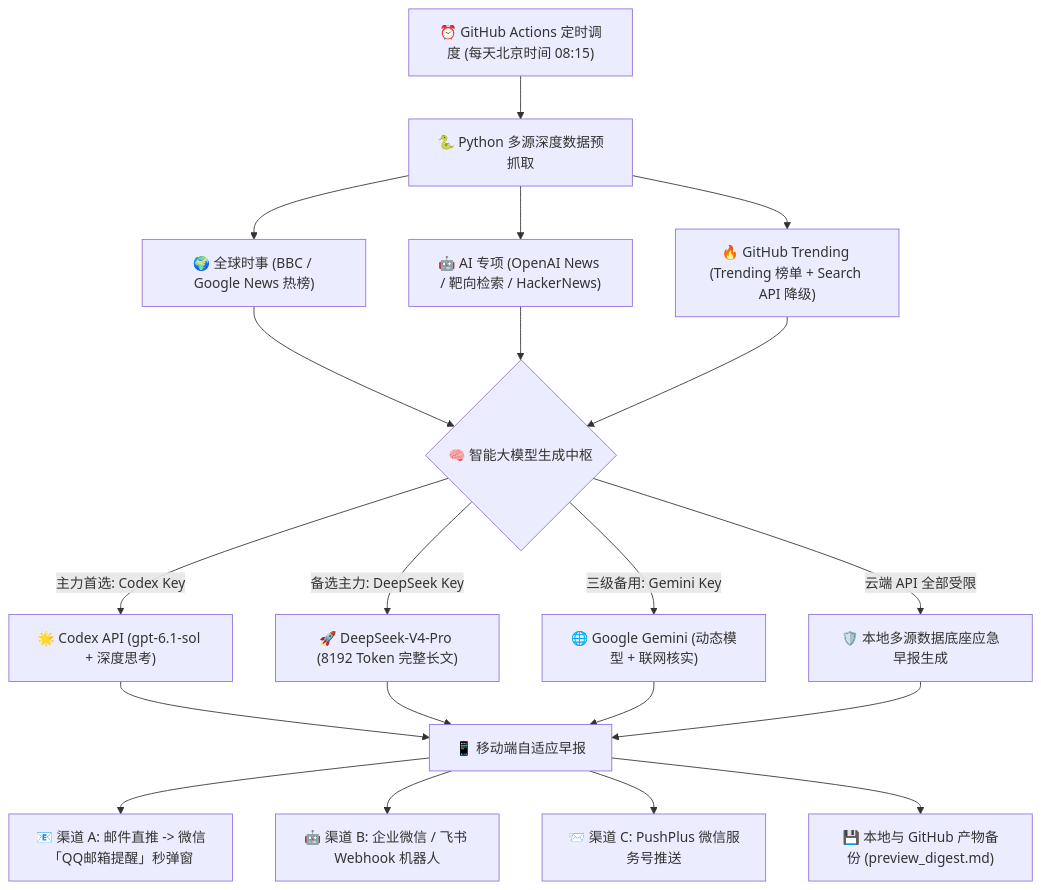
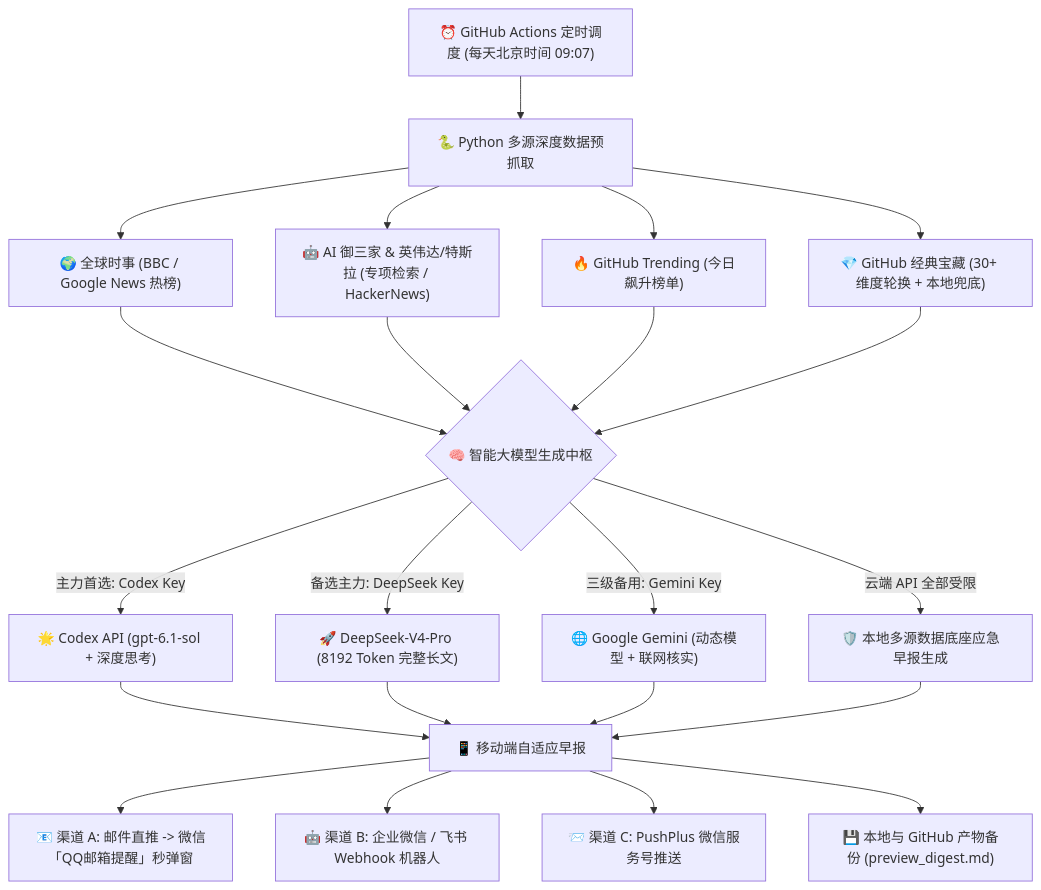
Before and after one commit to zjh-fyy/daily-ai-digest: the diagram in README.md, drawn with Mermaid. The commit also changed other lines of this file, not shown here.

````diff
--- a/README.md
+++ b/README.md
@@ -56,20 +55,21 @@
 ```mermaid
 flowchart TD
-    A["⏰ GitHub Actions 定时调度 (每天北京时间 08:15)"] --> B["🐍 Python 多源深度数据预抓取"]
+    A["⏰ GitHub Actions 定时调度 (每天北京时间 09:07)"] --> B["🐍 Python 多源深度数据预抓取"]
     B --> B1["🌍 全球时事 (BBC / Google News 热榜)"]
-    B --> B2["🤖 AI 专项 (OpenAI News / 靶向检索 / HackerNews)"]
-    B --> B3["🔥 GitHub Trending (Trending 榜单 + Search API 降级)"]
+    B --> B2["🤖 AI 御三家 & 英伟达/特斯拉 (专项检索 / HackerNews)"]
+    B --> B3["🔥 GitHub Trending (今日飙升榜单)"]
+    B --> B4["💎 GitHub 经典宝藏 (30+ 维度轮换 + 本地兜底)"]
     
-    B1 & B2 & B3 --> C{"🧠 智能大模型生成中枢"}
+    B1 & B2 & B3 & B4 --> C{"🧠 智能大模型生成中枢"}
     C -->|"主力首选: Codex Key"| C1["🌟 Codex API (gpt-6.1-sol + 深度思考)"]
     C -->|"备选主力: DeepSeek Key"| C2["🚀 DeepSeek-V4-Pro (8192 Token 完整长文)"]
     C -->|"三级备用: Gemini Key"| C3["🌐 Google Gemini (动态模型 + 联网核实)"]
     C -->|"云端 API 全部受限"| C4["🛡️ 本地多源数据底座应急早报生成"]
     
     C1 & C2 & C3 & C4 --> D["📱 移动端自适应早报"]
     
     D --> E1["📧 渠道 A: 邮件直推 -> 微信「QQ邮箱提醒」秒弹窗"]
     D --> E2["🤖 渠道 B: 企业微信 / 飞书 Webhook 机器人"]
     D --> E3["📨 渠道 C: PushPlus 微信服务号推送"]
     D --> E4["💾 本地与 GitHub 产物备份 (preview_digest.md)"]
 ```
````
